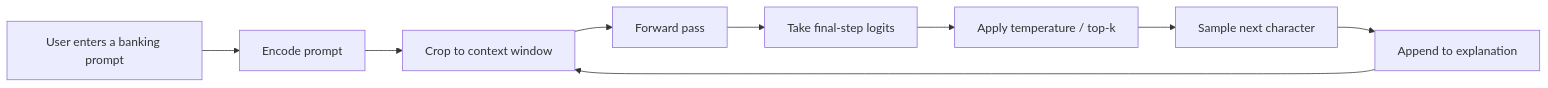
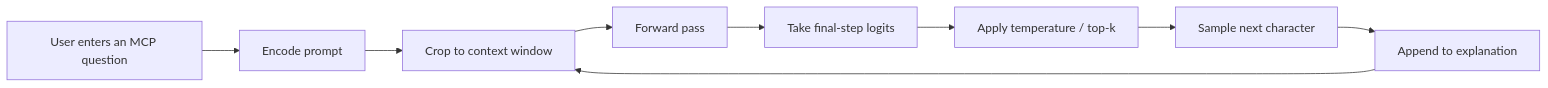
The third of 3 diagrams in docs/03-training-and-inference.md (akhilmakol/how-mcp-works), drawn with Mermaid before and after one commit. The commit also changed other lines of this file and 9 other files, not shown here.

````diff
--- a/docs/03-training-and-inference.md
+++ b/docs/03-training-and-inference.md
@@ -32,11 +32,11 @@
 ```mermaid
 flowchart LR
-    A["User enters a banking prompt"] --> B["Encode prompt"]
+    A["User enters an MCP question"] --> B["Encode prompt"]
     B --> C["Crop to context window"]
     C --> D["Forward pass"]
     D --> E["Take final-step logits"]
     E --> F["Apply temperature / top-k"]
     F --> G["Sample next character"]
     G --> H["Append to explanation"]
     H --> C
 ```
````
